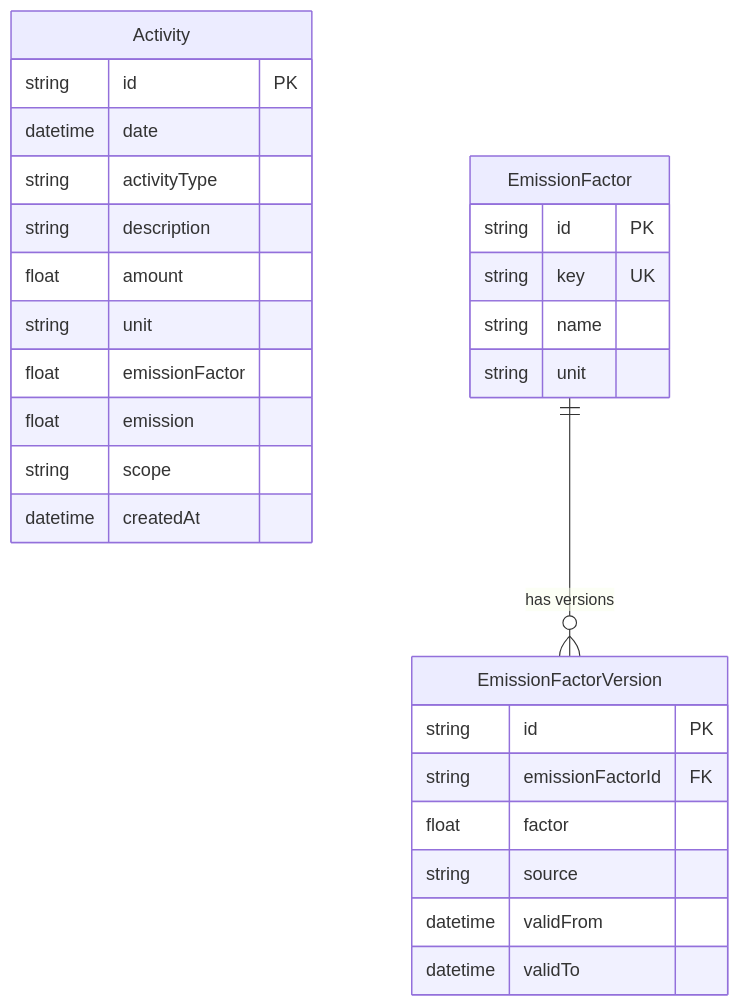
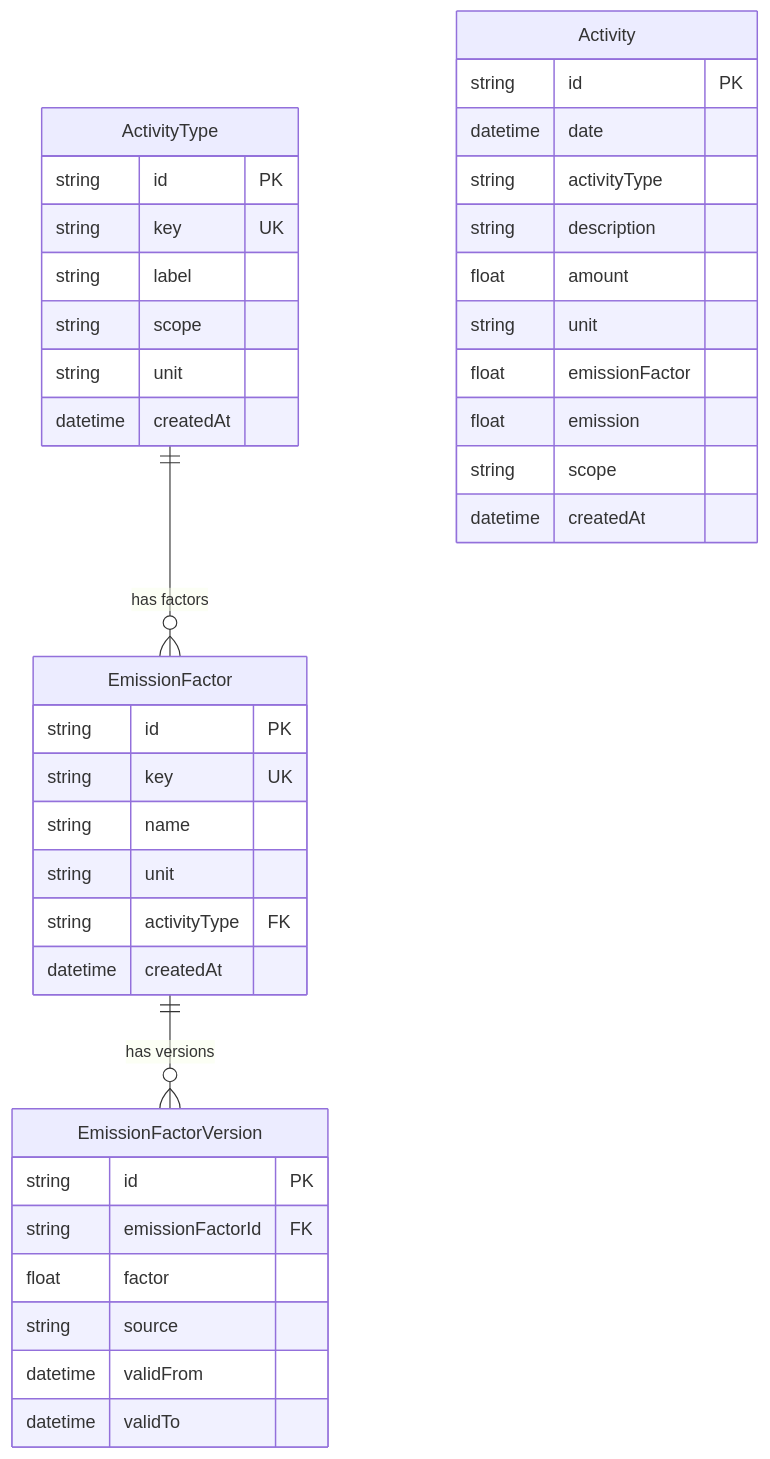
The diagram in README.md (bellkong7079/carbon-dashboard), drawn with Mermaid before and after one commit. The commit also changed other lines of this file, not shown here.

Commit message:
docs: README 전면 개정 — 신규 페이지·ERD·AI 사용 내역 최신화

````diff
--- a/README.md
+++ b/README.md
@@ -72,30 +87,41 @@
 ```mermaid
 erDiagram
+    ActivityType {
+        string id PK
+        string key UK
+        string label
+        string scope
+        string unit
+        datetime createdAt
+    }
+    EmissionFactor {
+        string id PK
+        string key UK
+        string name
+        string unit
+        string activityType FK
+        datetime createdAt
+    }
+    EmissionFactorVersion {
+        string id PK
+        string emissionFactorId FK
+        float factor
+        string source
+        datetime validFrom
+        datetime validTo
+    }
     Activity {
         string id PK
         datetime date
         string activityType
         string description
         float amount
         string unit
         float emissionFactor
         float emission
         string scope
         datetime createdAt
     }
-    EmissionFactor {
-        string id PK
-        string key UK
-        string name
-        string unit
-    }
-    EmissionFactorVersion {
-        string id PK
-        string emissionFactorId FK
-        float factor
-        string source
-        datetime validFrom
-        datetime validTo
-    }
+    ActivityType ||--o{ EmissionFactor : "has factors"
     EmissionFactor ||--o{ EmissionFactorVersion : "has versions"
 ```
````
